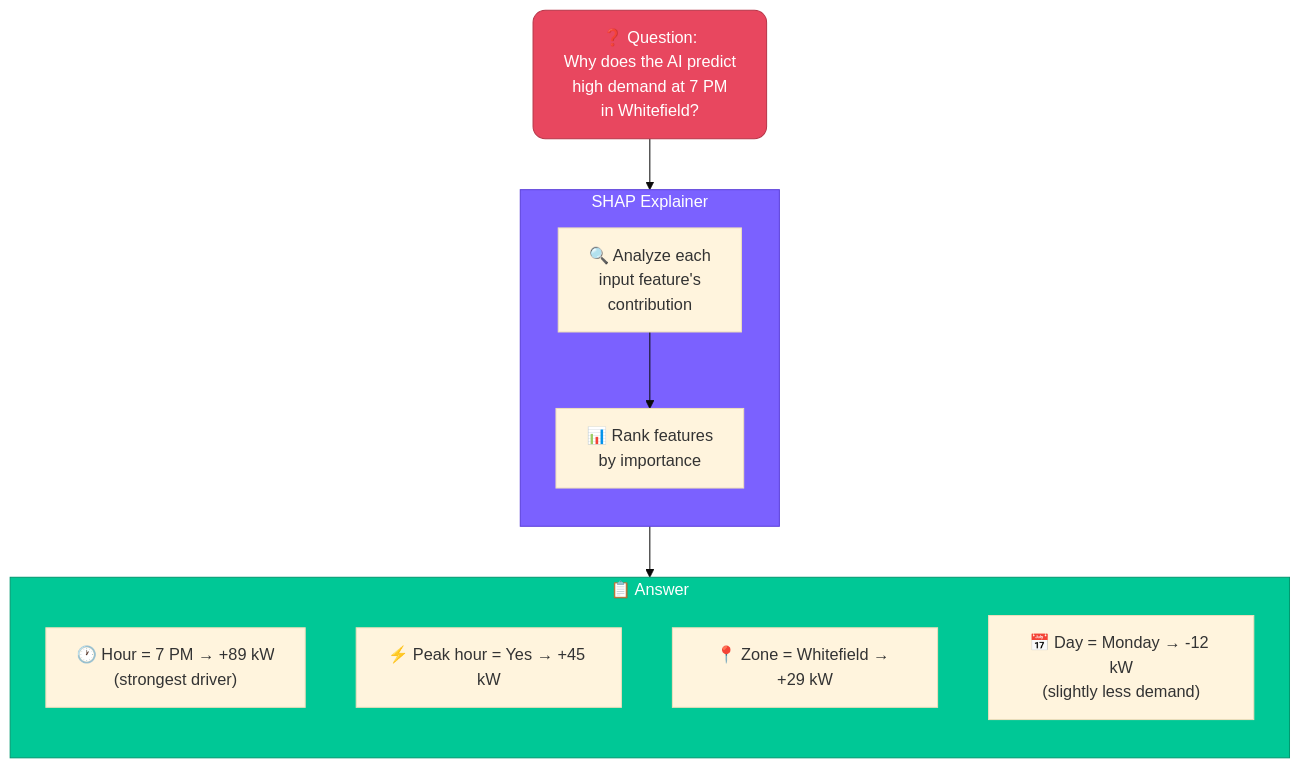
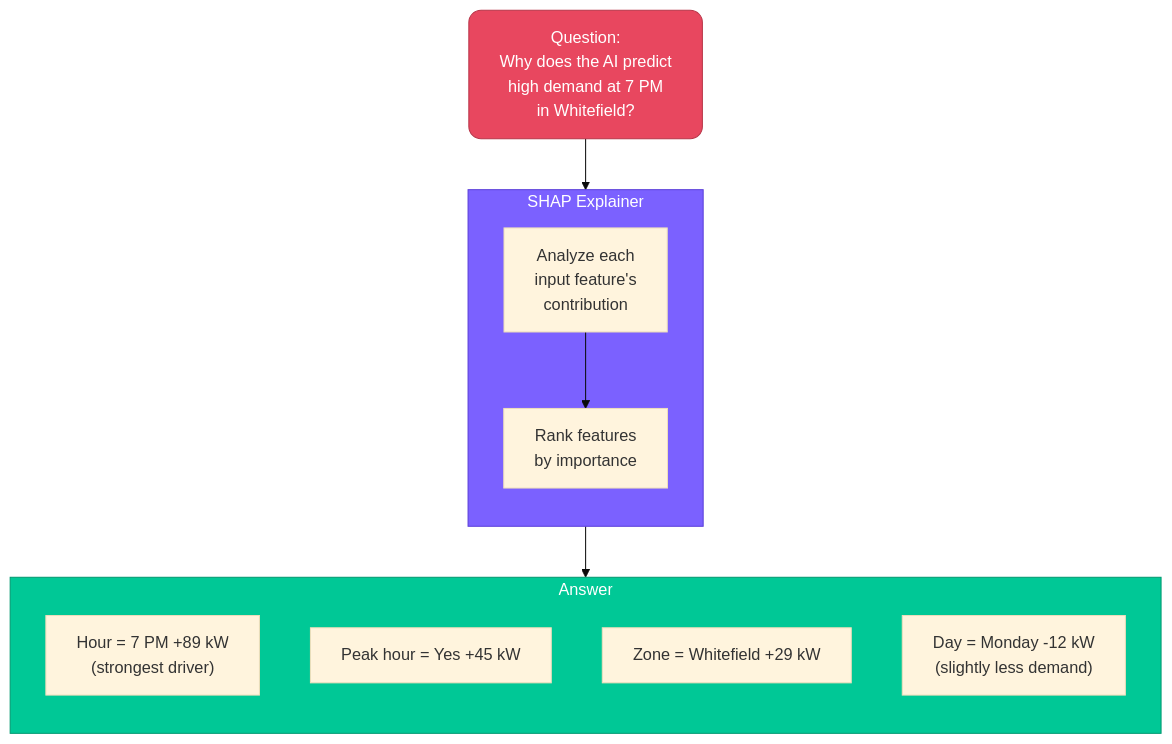
One commit to AbhimanRajCoder/VOLTARIS-AI changed the fifth of 9 diagrams in README.md. Above: the diagram before and after it, drawn with Mermaid (base theme). The commit also changed other lines of this file, not shown here.

````diff
--- a/README.md
+++ b/README.md
@@ -624,24 +727,24 @@
 ```mermaid
 flowchart TD
-    Q["❓ Question:\nWhy does the AI predict\nhigh demand at 7 PM\nin Whitefield?"] --> SHAP
+  Q[" Question:\nWhy does the AI predict\nhigh demand at 7 PM\nin Whitefield?"] --> SHAP
 
-    subgraph SHAP["SHAP Explainer"]
-        direction TB
-        S1["🔍 Analyze each\ninput feature's\ncontribution"]
-        S1 --> S2["📊 Rank features\nby importance"]
-    end
+  subgraph SHAP["SHAP Explainer"]
+    direction TB
+    S1[" Analyze each\ninput feature's\ncontribution"]
+    S1 --> S2[" Rank features\nby importance"]
+  end
 
-    SHAP --> R
+  SHAP --> R
 
-    subgraph R["📋 Answer"]
-        direction TB
-        R1["🕐 Hour = 7 PM → +89 kW\n(strongest driver)"]
-        R2["⚡ Peak hour = Yes → +45 kW"]
-        R3["📍 Zone = Whitefield → +29 kW"]
-        R4["📅 Day = Monday → -12 kW\n(slightly less demand)"]
-    end
+  subgraph R[" Answer"]
+    direction TB
+    R1[" Hour = 7 PM +89 kW\n(strongest driver)"]
+    R2[" Peak hour = Yes +45 kW"]
+    R3[" Zone = Whitefield +29 kW"]
+    R4[" Day = Monday -12 kW\n(slightly less demand)"]
+  end
 
-    style Q fill:#E8475F,stroke:#B83649,color:#fff,rx:12
-    style SHAP fill:#7B61FF,stroke:#5A3FD9,color:#fff
-    style R fill:#00C896,stroke:#009970,color:#fff
+  style Q fill:#E8475F,stroke:#B83649,color:#fff,rx:12
+  style SHAP fill:#7B61FF,stroke:#5A3FD9,color:#fff
+  style R fill:#00C896,stroke:#009970,color:#fff
 ```
````
